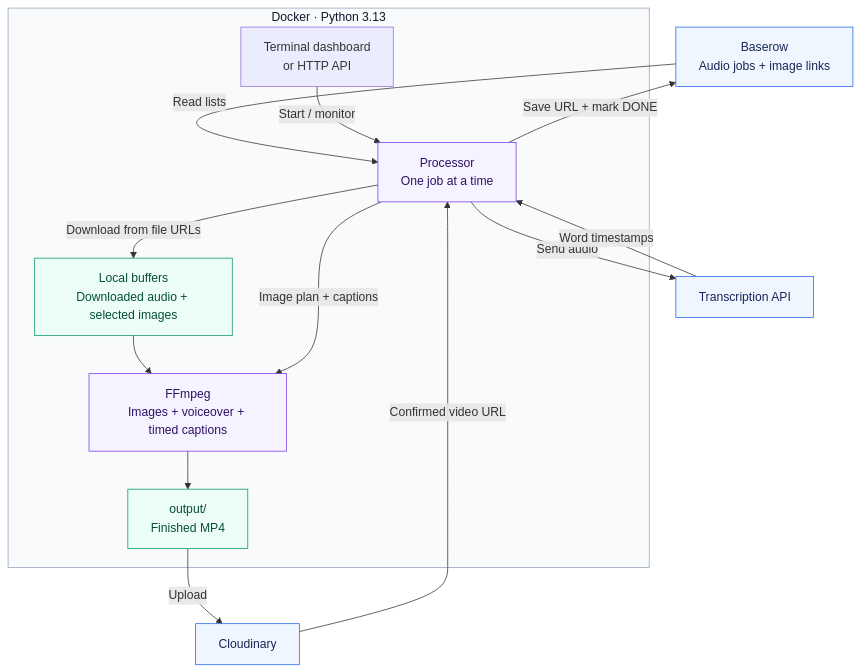
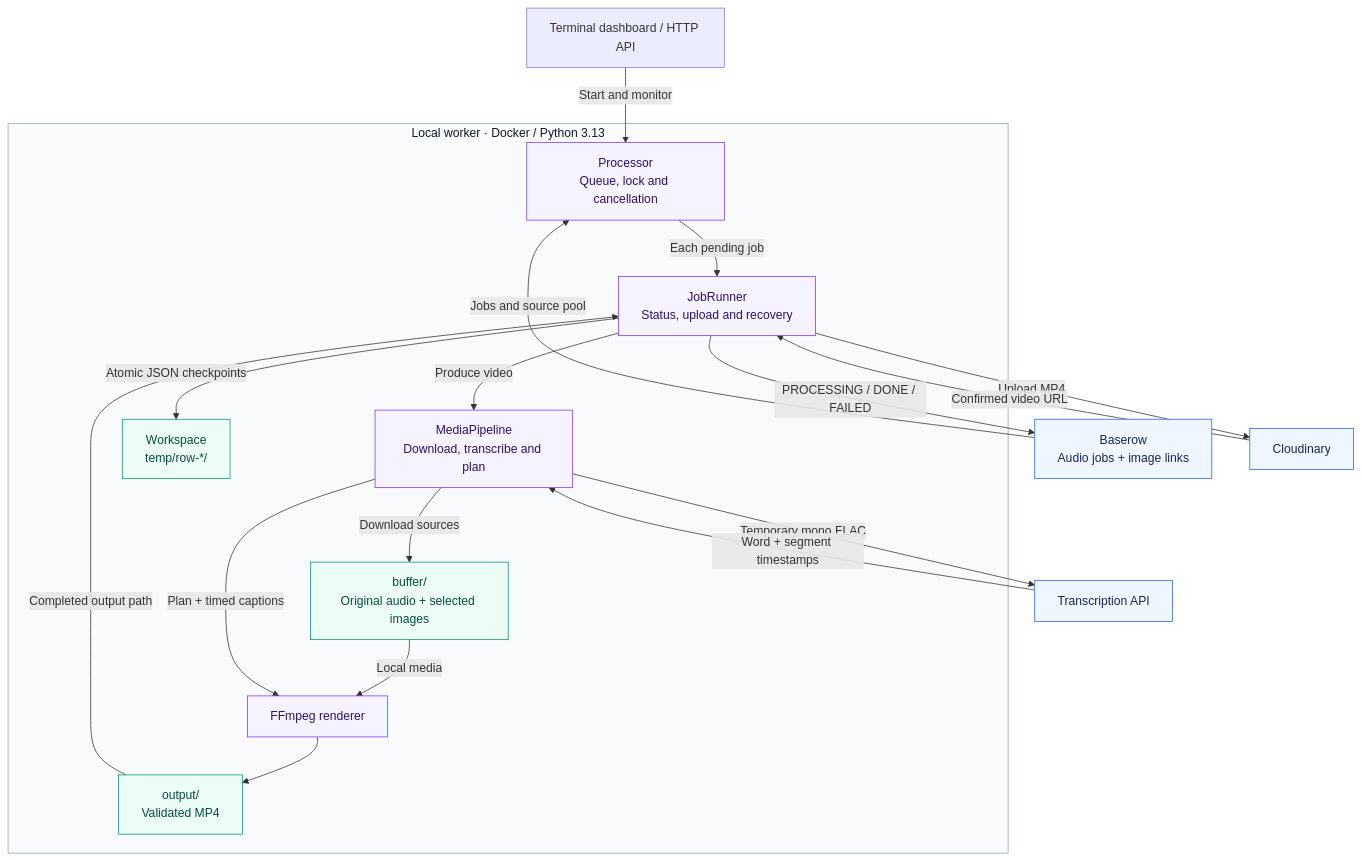
Before and after one commit to houssamBensiyed/poetry-shorts-maker: the first of 5 diagrams in README.md, drawn with Mermaid. The commit also changed other lines of this file and 2 other files, not shown here.

Commit message:
docs: align diagrams and guides with the refactored architecture

````diff
--- a/README.md
+++ b/README.md
@@ -130,29 +134,30 @@
 ```mermaid
 flowchart TD
-    Tables["Baserow<br/>Audio jobs + image links"] -->|Read lists| Worker
-    subgraph Local["Docker · Python 3.13"]
-        Controls["Terminal dashboard<br/>or HTTP API"] -->|Start / monitor| Worker
-        Worker["Processor<br/>One job at a time"]
-        Buffer["Local buffers<br/>Downloaded audio + selected images"]
-        Render["FFmpeg<br/>Images + voiceover + timed captions"]
-        Video["output/<br/>Finished MP4"]
-        Worker -->|Download from file URLs| Buffer
-        Buffer --> Render
-        Render --> Video
+    Controls["Terminal dashboard / HTTP API"] -->|Start and monitor| Coordinator
+    Tables["Baserow<br/>Audio jobs + image links"] -->|Jobs and source pool| Coordinator
+
+    subgraph Local["Local worker · Docker / Python 3.13"]
+        Coordinator["Processor<br/>Queue, lock and cancellation"] -->|Each pending job| Runner
+        Runner["JobRunner<br/>Status, upload and recovery"] -->|Produce video| Pipeline
+        Runner -->|Atomic JSON checkpoints| Work["Workspace<br/>temp/row-*/"]
+        Pipeline["MediaPipeline<br/>Download, transcribe and plan"] -->|Download sources| Buffer
+        Buffer["buffer/<br/>Original audio + selected images"] -->|Local media| Render
+        Pipeline -->|Plan + timed captions| Render
+        Render["FFmpeg renderer"] --> Video["output/<br/>Validated MP4"]
+        Video -->|Completed output path| Runner
     end
 
-    Worker -->|Send audio| ASR["Transcription API"]
-    ASR -->|Word timestamps| Worker
-    Worker -->|Image plan + captions| Render
-    Video -->|Upload| Cloud["Cloudinary"]
-    Cloud -->|Confirmed video URL| Worker
-    Worker -->|Save URL + mark DONE| Tables
+    Pipeline -->|Temporary mono FLAC| ASR["Transcription API"]
+    ASR -->|Word + segment timestamps| Pipeline
+    Runner -->|Upload MP4| Cloud["Cloudinary"]
+    Cloud -->|Confirmed video URL| Runner
+    Runner -->|PROCESSING / DONE / FAILED| Tables
 
     classDef service fill:#eff6ff,stroke:#2563eb,color:#172554
     classDef storage fill:#ecfdf5,stroke:#059669,color:#064e3b
     classDef engine fill:#f5f3ff,stroke:#7c3aed,color:#2e1065
     class Tables,ASR,Cloud service
-    class Buffer,Video storage
-    class Worker,Render engine
+    class Buffer,Video,Work storage
+    class Coordinator,Runner,Pipeline,Render engine
     style Local fill:#f8fafc,stroke:#94a3b8,color:#0f172a
 ```
````
